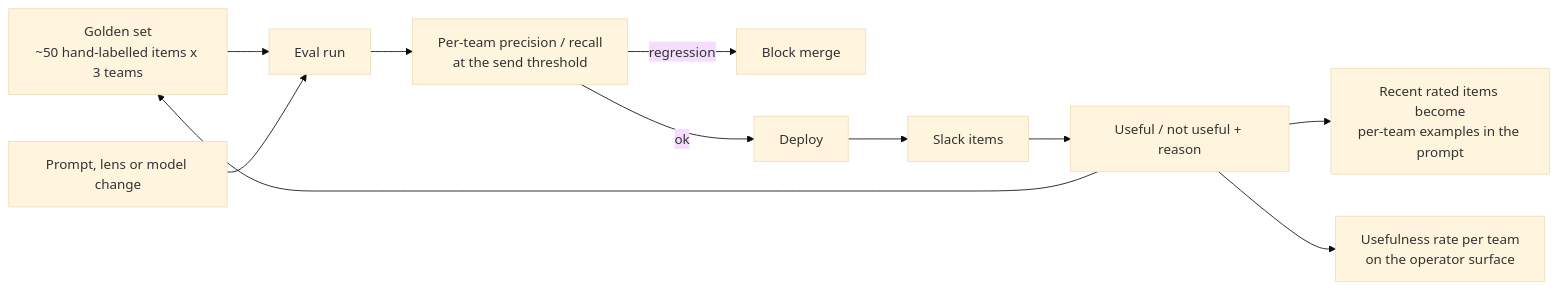
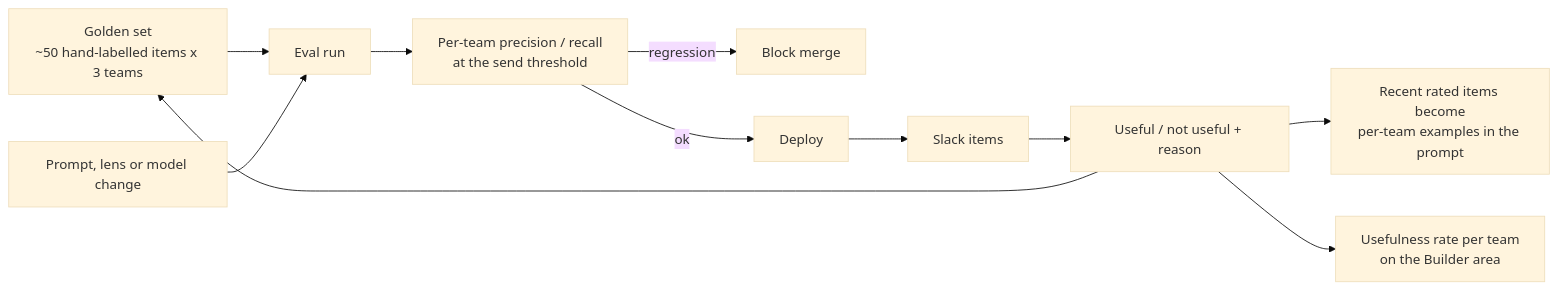
Before and after one commit to bermanguy/noma-competitor-monitor: the third of 4 diagrams in docs/architecture.md, drawn with Mermaid (base theme). The commit also changed other lines of this file and 3 other files, not shown here.

````diff
--- a/docs/architecture.md
+++ b/docs/architecture.md
@@ -117,13 +117,13 @@
 ```mermaid
 flowchart LR
   GS[Golden set<br/>~50 hand-labelled items x 3 teams] --> EV[Eval run]
   PR[Prompt, lens or model change] --> EV
   EV --> M[Per-team precision / recall<br/>at the send threshold]
   M -->|regression| X[Block merge]
   M -->|ok| SHIP[Deploy]
   SHIP --> SL[Slack items]
   SL --> FB[Useful / not useful + reason]
   FB --> EX[Recent rated items become<br/>per-team examples in the prompt]
   FB --> GS
-  FB --> UR[Usefulness rate per team<br/>on the operator surface]
+  FB --> UR[Usefulness rate per team<br/>on the Builder area]
 ```
````
